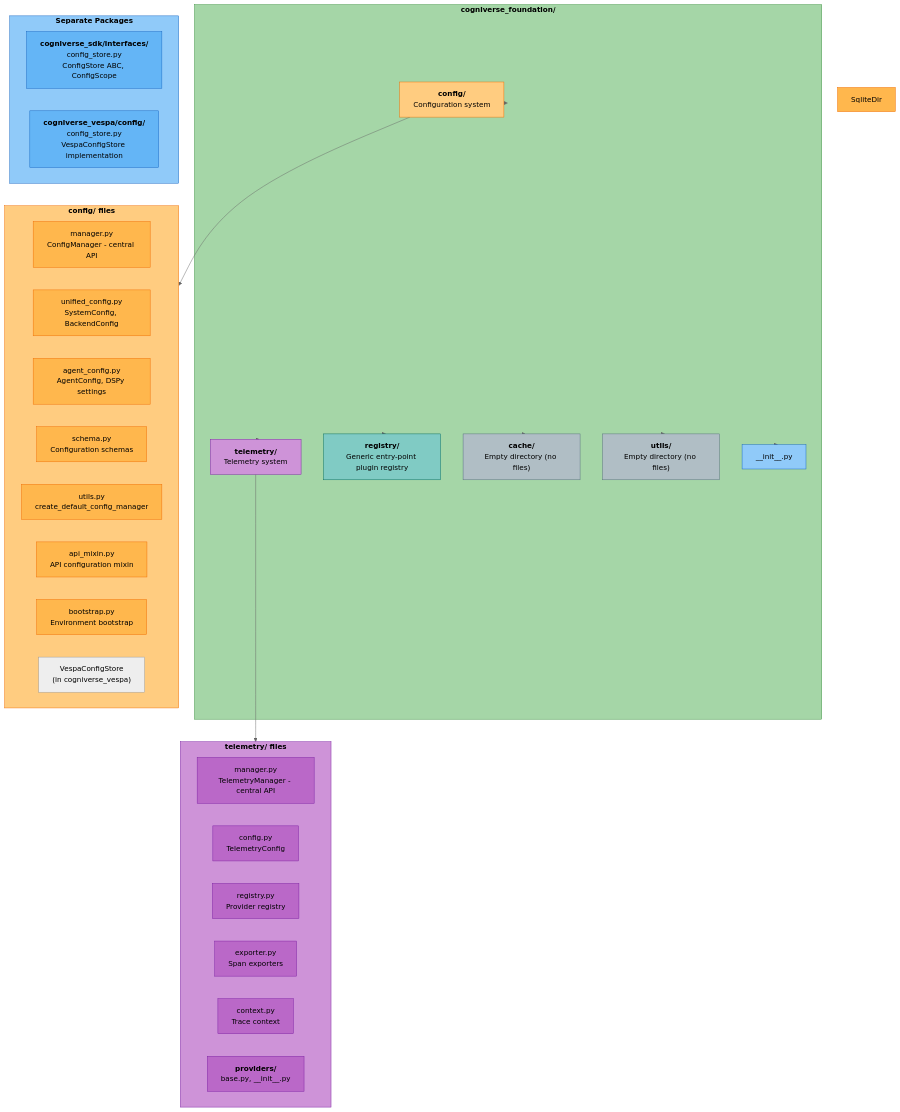
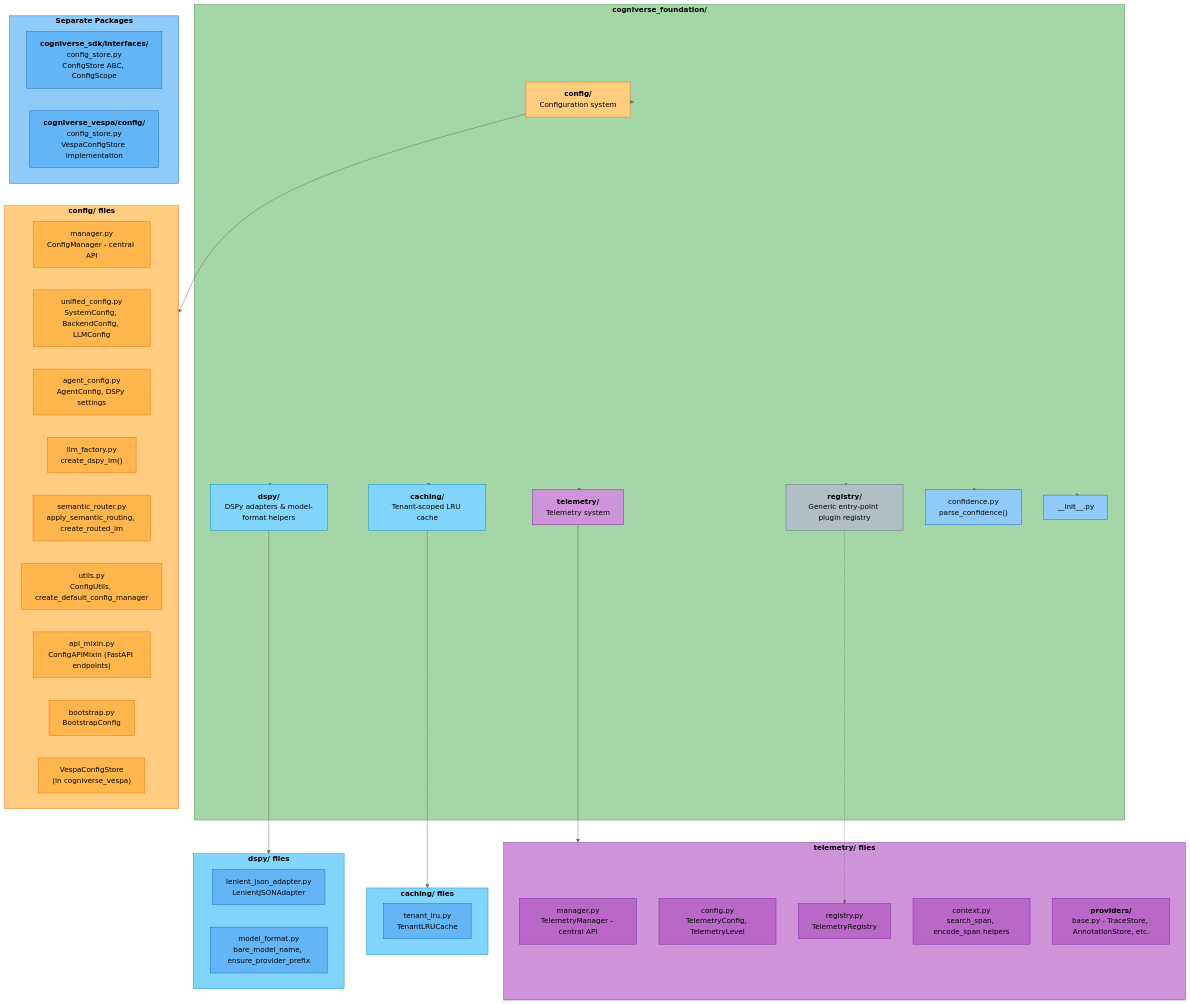
Before and after one commit to amit-jain/cogniverse: the first of 3 diagrams in docs/modules/foundation.md, drawn with Mermaid (neutral theme). The commit also changed other lines of this file and 50 other files, not shown here.

First line of the commit message:
Complete and verify docs against code with mermaid palette

````diff
--- a/docs/modules/foundation.md
+++ b/docs/modules/foundation.md
@@ -44,29 +53,39 @@
         ConfigDir["<span style='color:#000'><b>config/</b><br/>Configuration system</span>"]
         TelemetryDir["<span style='color:#000'><b>telemetry/</b><br/>Telemetry system</span>"]
         RegistryDir["<span style='color:#000'><b>registry/</b><br/>Generic entry-point plugin registry</span>"]
-        CacheDir["<span style='color:#000'><b>cache/</b><br/>Empty directory (no files)</span>"]
-        UtilsDir["<span style='color:#000'><b>utils/</b><br/>Empty directory (no files)</span>"]
+        CachingDir["<span style='color:#000'><b>caching/</b><br/>Tenant-scoped LRU cache</span>"]
+        DspyDir["<span style='color:#000'><b>dspy/</b><br/>DSPy adapters &amp; model-format helpers</span>"]
+        ConfidencePy["<span style='color:#000'>confidence.py<br/>parse_confidence()</span>"]
         InitPy["<span style='color:#000'>__init__.py</span>"]
     end
 
     subgraph ConfigFiles["<span style='color:#000'><b>config/ files</b></span>"]
         Manager["<span style='color:#000'>manager.py<br/>ConfigManager - central API</span>"]
-        UnifiedConfigFile["<span style='color:#000'>unified_config.py<br/>SystemConfig, BackendConfig</span>"]
+        UnifiedConfigFile["<span style='color:#000'>unified_config.py<br/>SystemConfig, BackendConfig, LLMConfig</span>"]
         AgentConfigFile["<span style='color:#000'>agent_config.py<br/>AgentConfig, DSPy settings</span>"]
-        Schema["<span style='color:#000'>schema.py<br/>Configuration schemas</span>"]
-        Utils["<span style='color:#000'>utils.py<br/>create_default_config_manager</span>"]
-        ApiMixin["<span style='color:#000'>api_mixin.py<br/>API configuration mixin</span>"]
-        Bootstrap["<span style='color:#000'>bootstrap.py<br/>Environment bootstrap</span>"]
+        LlmFactory["<span style='color:#000'>llm_factory.py<br/>create_dspy_lm()</span>"]
+        SemanticRouterFile["<span style='color:#000'>semantic_router.py<br/>apply_semantic_routing, create_routed_lm</span>"]
+        Utils["<span style='color:#000'>utils.py<br/>ConfigUtils, create_default_config_manager</span>"]
+        ApiMixin["<span style='color:#000'>api_mixin.py<br/>ConfigAPIMixin (FastAPI endpoints)</span>"]
+        Bootstrap["<span style='color:#000'>bootstrap.py<br/>BootstrapConfig</span>"]
         VespaStore["<span style='color:#000'>VespaConfigStore<br/>(in cogniverse_vespa)</span>"]
     end
 
     subgraph TelemetryFiles["<span style='color:#000'><b>telemetry/ files</b></span>"]
         TelManager["<span style='color:#000'>manager.py<br/>TelemetryManager - central API</span>"]
-        TelConfig["<span style='color:#000'>config.py<br/>TelemetryConfig</span>"]
-        Registry["<span style='color:#000'>registry.py<br/>Provider registry</span>"]
-        Exporter["<span style='color:#000'>exporter.py<br/>Span exporters</span>"]
-        Context["<span style='color:#000'>context.py<br/>Trace context</span>"]
-        ProvidersDir["<span style='color:#000'><b>providers/</b><br/>base.py, __init__.py</span>"]
+        TelConfig["<span style='color:#000'>config.py<br/>TelemetryConfig, TelemetryLevel</span>"]
+        Registry["<span style='color:#000'>registry.py<br/>TelemetryRegistry</span>"]
+        Context["<span style='color:#000'>context.py<br/>search_span, encode_span helpers</span>"]
+        ProvidersDir["<span style='color:#000'><b>providers/</b><br/>base.py - TraceStore, AnnotationStore, etc.</span>"]
+    end
+
+    subgraph CachingFiles["<span style='color:#000'><b>caching/ files</b></span>"]
+        TenantLru["<span style='color:#000'>tenant_lru.py<br/>TenantLRUCache</span>"]
+    end
+
+    subgraph DspyFiles["<span style='color:#000'><b>dspy/ files</b></span>"]
+        LenientAdapter["<span style='color:#000'>lenient_json_adapter.py<br/>LenientJSONAdapter</span>"]
+        ModelFormat["<span style='color:#000'>model_format.py<br/>bare_model_name, ensure_provider_prefix</span>"]
     end
 
     subgraph SeparatePackages["<span style='color:#000'><b>Separate Packages</b></span>"]
@@ -77,37 +96,47 @@
     Foundation --> ConfigDir
     Foundation --> TelemetryDir
     Foundation --> RegistryDir
-    Foundation --> CacheDir
-    Foundation --> UtilsDir
+    Foundation --> CachingDir
+    Foundation --> DspyDir
+    Foundation --> ConfidencePy
     Foundation --> InitPy
 
     ConfigDir --> ConfigFiles
     TelemetryDir --> TelemetryFiles
+    CachingDir --> CachingFiles
+    DspyDir --> DspyFiles
+    RegistryDir -.-> Registry
 
     style Foundation fill:#a5d6a7,stroke:#388e3c,color:#000
     style ConfigDir fill:#ffcc80,stroke:#ef6c00,color:#000
     style TelemetryDir fill:#ce93d8,stroke:#7b1fa2,color:#000
-    style RegistryDir fill:#80cbc4,stroke:#00695c,color:#000
-    style CacheDir fill:#b0bec5,stroke:#546e7a,color:#000
-    style UtilsDir fill:#b0bec5,stroke:#546e7a,color:#000
+    style RegistryDir fill:#b0bec5,stroke:#546e7a,color:#000
+    style CachingDir fill:#81d4fa,stroke:#0288d1,color:#000
+    style DspyDir fill:#81d4fa,stroke:#0288d1,color:#000
+    style ConfidencePy fill:#90caf9,stroke:#1565c0,color:#000
     style InitPy fill:#90caf9,stroke:#1565c0,color:#000
     style ConfigFiles fill:#ffcc80,stroke:#ef6c00,color:#000
     style TelemetryFiles fill:#ce93d8,stroke:#7b1fa2,color:#000
+    style CachingFiles fill:#81d4fa,stroke:#0288d1,color:#000
+    style DspyFiles fill:#81d4fa,stroke:#0288d1,color:#000
     style SeparatePackages fill:#90caf9,stroke:#1565c0,color:#000
     style Manager fill:#ffb74d,stroke:#ef6c00,color:#000
     style UnifiedConfigFile fill:#ffb74d,stroke:#ef6c00,color:#000
     style AgentConfigFile fill:#ffb74d,stroke:#ef6c00,color:#000
-    style Schema fill:#ffb74d,stroke:#ef6c00,color:#000
+    style LlmFactory fill:#ffb74d,stroke:#ef6c00,color:#000
+    style SemanticRouterFile fill:#ffb74d,stroke:#ef6c00,color:#000
     style Utils fill:#ffb74d,stroke:#ef6c00,color:#000
     style ApiMixin fill:#ffb74d,stroke:#ef6c00,color:#000
     style Bootstrap fill:#ffb74d,stroke:#ef6c00,color:#000
-    style SqliteDir fill:#ffb74d,stroke:#ef6c00,color:#000
+    style VespaStore fill:#ffb74d,stroke:#ef6c00,color:#000
     style TelManager fill:#ba68c8,stroke:#7b1fa2,color:#000
     style TelConfig fill:#ba68c8,stroke:#7b1fa2,color:#000
     style Registry fill:#ba68c8,stroke:#7b1fa2,color:#000
-    style Exporter fill:#ba68c8,stroke:#7b1fa2,color:#000
     style Context fill:#ba68c8,stroke:#7b1fa2,color:#000
     style ProvidersDir fill:#ba68c8,stroke:#7b1fa2,color:#000
+    style TenantLru fill:#64b5f6,stroke:#1565c0,color:#000
+    style LenientAdapter fill:#64b5f6,stroke:#1565c0,color:#000
+    style ModelFormat fill:#64b5f6,stroke:#1565c0,color:#000
     style SDKInterface fill:#64b5f6,stroke:#1565c0,color:#000
     style VespaImpl fill:#64b5f6,stroke:#1565c0,color:#000
 ```
````
